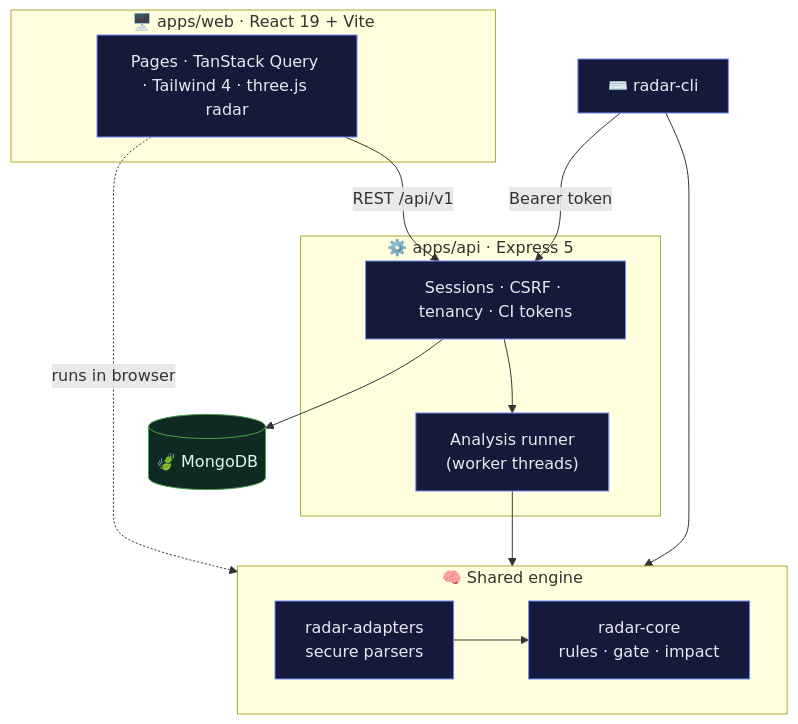
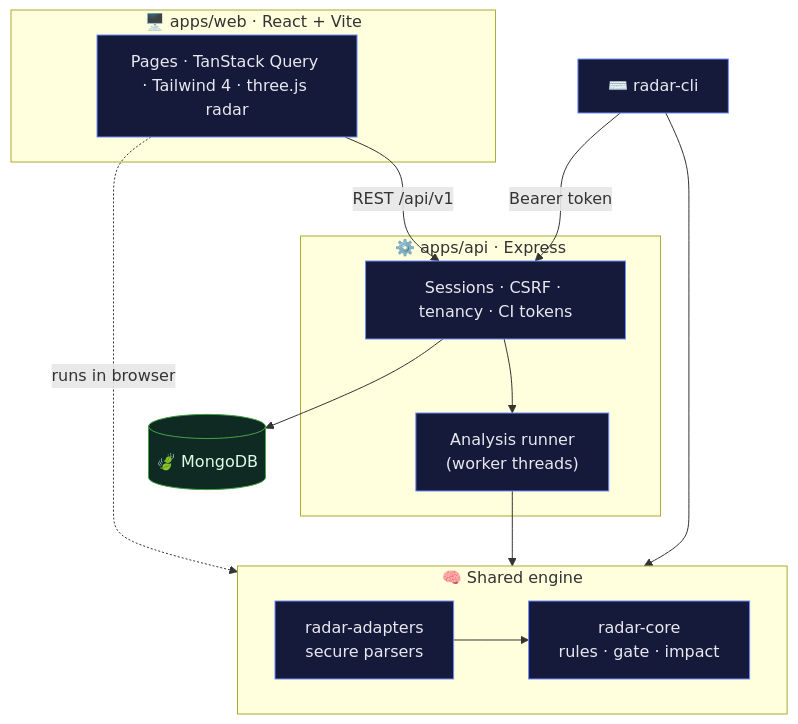
The second of 2 diagrams in README.md (kartikeyajay2006/JKY-Radar), drawn with Mermaid before and after one commit.

Commit message:
docs(readme): shorter diagram titles so they fit

````diff
--- a/README.md
+++ b/README.md
@@ -203,25 +203,25 @@
 ```mermaid
 flowchart TB
-    subgraph web["🖥️ apps/web · React 19 + Vite"]
+    subgraph web["🖥️ apps/web · React + Vite"]
         UI["Pages · TanStack Query · Tailwind 4 · three.js radar"]
     end
-    subgraph api["⚙️ apps/api · Express 5"]
+    subgraph api["⚙️ apps/api · Express"]
         R["Sessions · CSRF · tenancy · CI tokens"] --> Q["Analysis runner<br/>(worker threads)"]
     end
     subgraph engine["🧠 Shared engine"]
         AD["radar-adapters<br/>secure parsers"] --> CO["radar-core<br/>rules · gate · impact"]
     end
     CLI["⌨️ radar-cli"]
     DB[("🍃 MongoDB")]
 
     UI -- "REST /api/v1" --> R
     UI -. "runs in browser" .-> engine
     Q --> engine
     CLI --> engine
     CLI -- "Bearer token" --> R
     R --> DB
 
     classDef box fill:#151a3a,stroke:#6f8bff,color:#e6e9ef
     class UI,R,Q,AD,CO,CLI box
     style DB fill:#0f2a22,stroke:#47A248,color:#dcfce7
 ```
````
